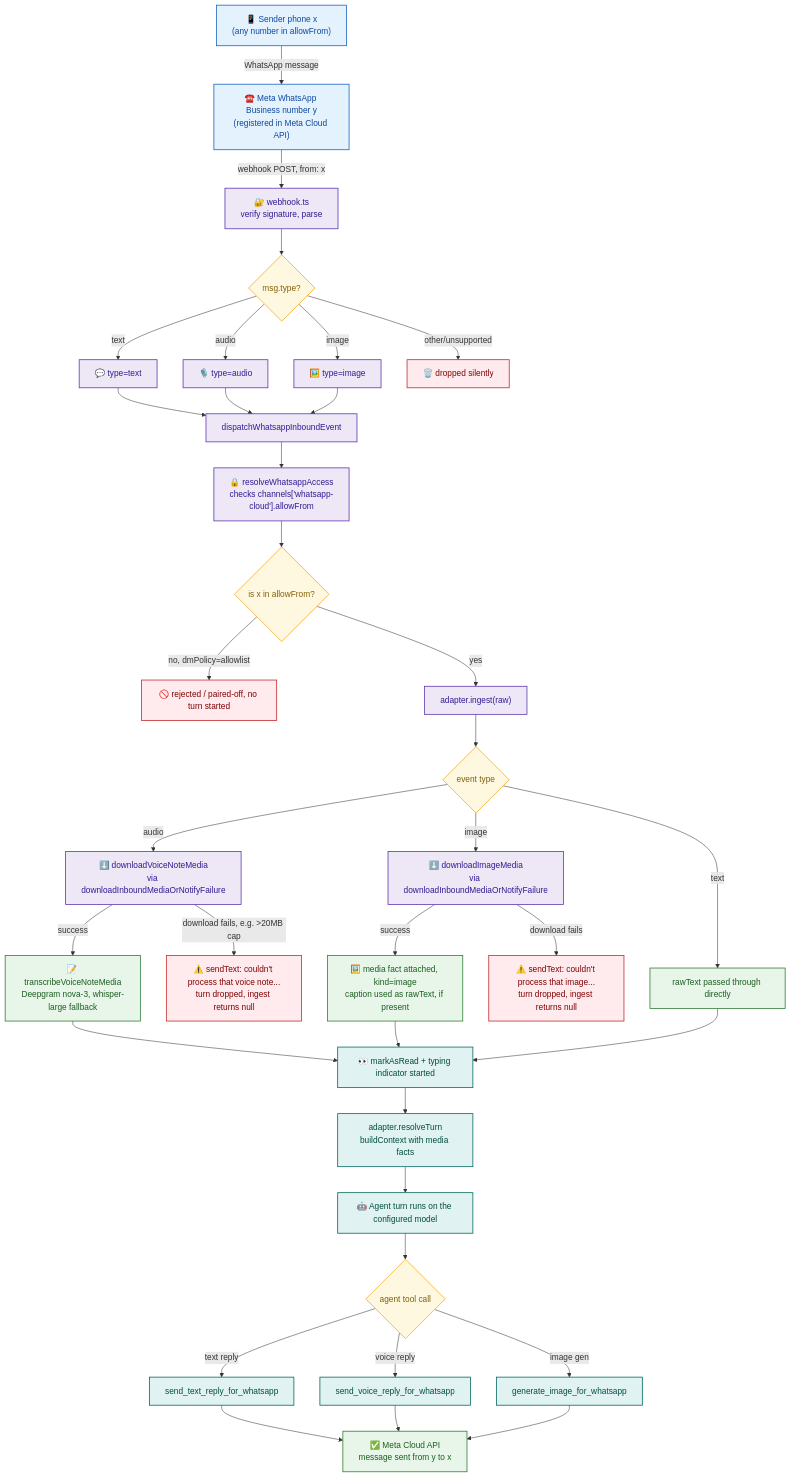
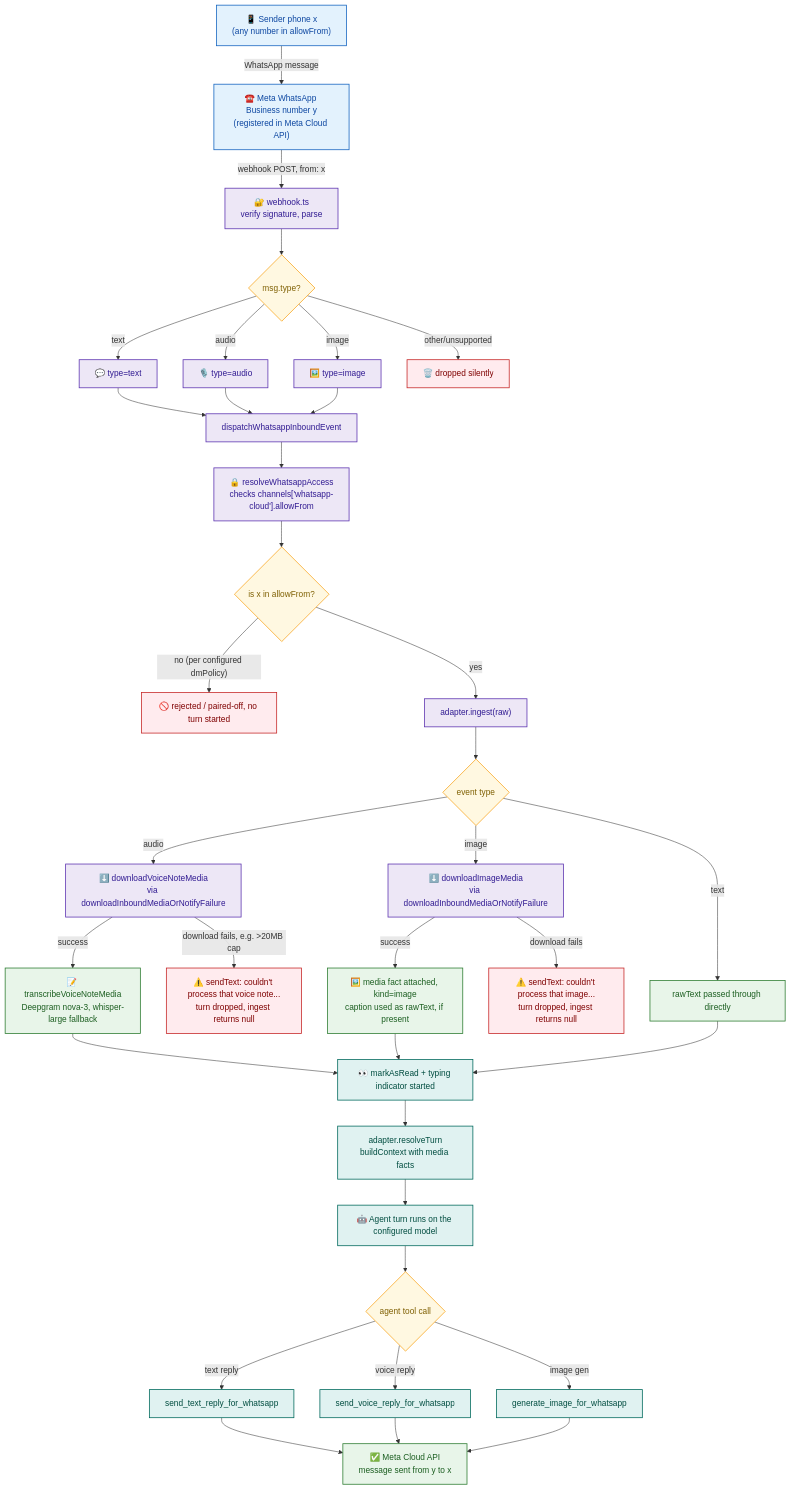
Before and after one commit to shqear93/openclaw-whatsapp-cloud: the first of 6 diagrams in ARCHITECTURE.md, drawn with Mermaid. The commit also changed other lines of this file, not shown here.

First line of the commit message:
docs: fix ARCHITECTURE.md diagrams stale after dmPolicy switched to open

````diff
--- a/ARCHITECTURE.md
+++ b/ARCHITECTURE.md
@@ -55,52 +55,52 @@
 ```mermaid
 flowchart TD
     classDef external fill:#e3f2fd,stroke:#1565c0,stroke-width:1.5px,color:#0d47a1
     classDef decision fill:#fff8e1,stroke:#f9a825,stroke-width:1.5px,color:#7f6003
     classDef success fill:#e8f5e9,stroke:#2e7d32,stroke-width:1.5px,color:#1b5e20
     classDef failure fill:#ffebee,stroke:#c62828,stroke-width:1.5px,color:#7f0000
     classDef core fill:#ede7f6,stroke:#5e35b1,stroke-width:1.5px,color:#311b92
     classDef agent fill:#e0f2f1,stroke:#00695c,stroke-width:1.5px,color:#004d40
 
     A["📱 Sender phone x<br/>(any number in allowFrom)"]:::external -->|WhatsApp message| B["☎️ Meta WhatsApp Business number y<br/>(registered in Meta Cloud API)"]:::external
     B -->|"webhook POST, from: x"| C["🔐 webhook.ts<br/>verify signature, parse"]:::core
     C --> D{"msg.type?"}:::decision
     D -->|text| E["💬 type=text"]:::core
     D -->|audio| F["🎙️ type=audio"]:::core
     D -->|image| G["🖼️ type=image"]:::core
     D -->|other/unsupported| X["🗑️ dropped silently"]:::failure
 
     E --> H["dispatchWhatsappInboundEvent"]:::core
     F --> H
     G --> H
 
     H --> I["🔒 resolveWhatsappAccess<br/>checks channels['whatsapp-cloud'].allowFrom"]:::core
     I --> J{"is x in allowFrom?"}:::decision
-    J -->|no, dmPolicy=allowlist| K["🚫 rejected / paired-off, no turn started"]:::failure
+    J -->|"no (per configured dmPolicy)"| K["🚫 rejected / paired-off, no turn started"]:::failure
     J -->|yes| L["adapter.ingest(raw)"]:::core
 
     L --> M{"event type"}:::decision
     M -->|audio| N["⬇️ downloadVoiceNoteMedia<br/>via downloadInboundMediaOrNotifyFailure"]:::core
     M -->|image| O["⬇️ downloadImageMedia<br/>via downloadInboundMediaOrNotifyFailure"]:::core
     M -->|text| P["rawText passed through directly"]:::success
 
     N -->|success| N2["📝 transcribeVoiceNoteMedia<br/>Deepgram nova-3, whisper-large fallback"]:::success
     N -->|"download fails, e.g. >20MB cap"| N3["⚠️ sendText: couldn't process that voice note...<br/>turn dropped, ingest returns null"]:::failure
 
     O -->|success| O2["🖼️ media fact attached, kind=image<br/>caption used as rawText, if present"]:::success
     O -->|download fails| O3["⚠️ sendText: couldn't process that image...<br/>turn dropped, ingest returns null"]:::failure
 
     N2 --> Q["👀 markAsRead + typing indicator started"]:::agent
     O2 --> Q
     P --> Q
 
     Q --> R["adapter.resolveTurn<br/>buildContext with media facts"]:::agent
     R --> S["🤖 Agent turn runs on the configured model"]:::agent
     S --> T{"agent tool call"}:::decision
     T -->|text reply| U["send_text_reply_for_whatsapp"]:::agent
     T -->|voice reply| V["send_voice_reply_for_whatsapp"]:::agent
     T -->|image gen| W["generate_image_for_whatsapp"]:::agent
 
     U --> Y["✅ Meta Cloud API<br/>message sent from y to x"]:::success
     V --> Y
     W --> Y
 ```
````
